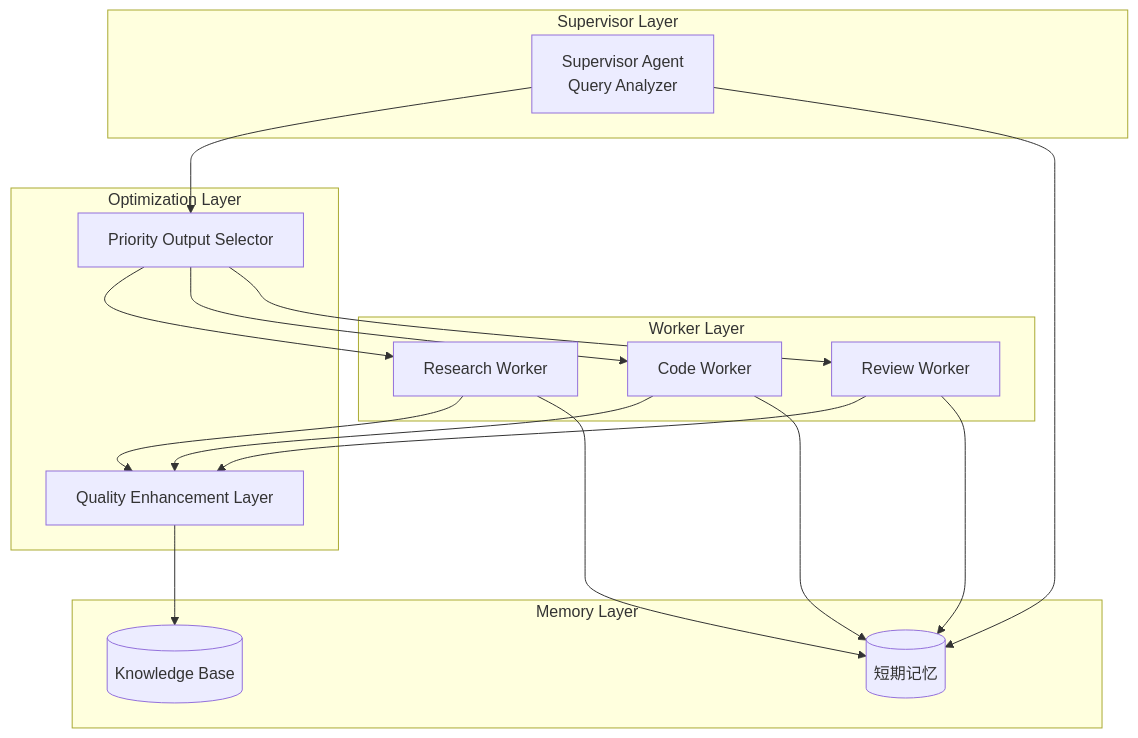
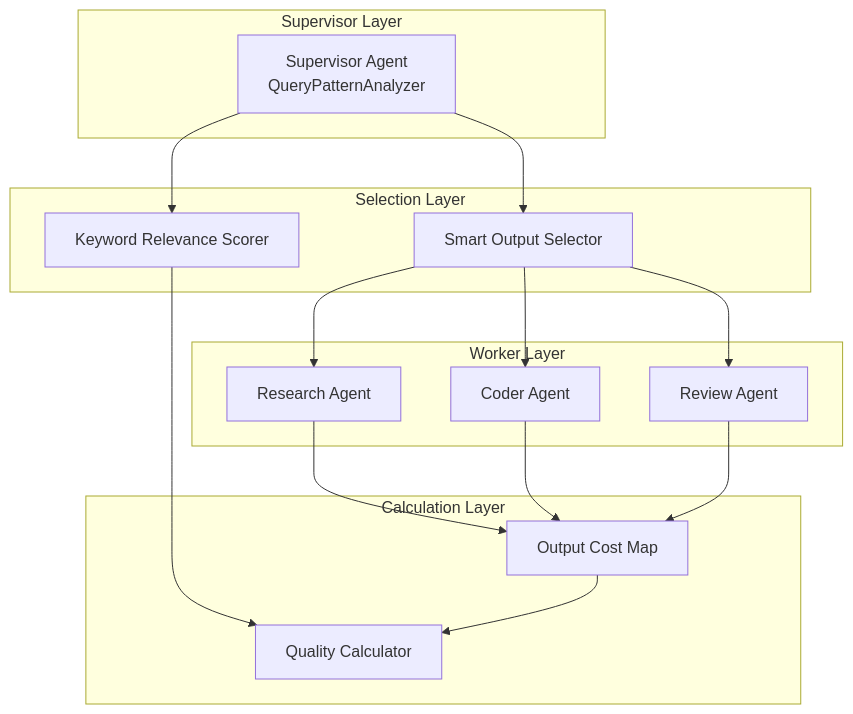
The diagram in ARCHITECTURE.md (xiangbianpangde/mas-evolution-test), drawn with Mermaid before and after one commit. The commit also changed other lines of this file, not shown here.

Commit message:
Update Gen25 champion architecture

````diff
--- a/ARCHITECTURE.md
+++ b/ARCHITECTURE.md
@@ -5,35 +5,33 @@
 ```mermaid
 graph TB
     subgraph "Supervisor Layer"
-        S[Supervisor Agent<br/>Query Analyzer]
+        S[Supervisor Agent<br/>QueryPatternAnalyzer]
+    end
+    
+    subgraph "Selection Layer"
+        SS[Smart Output Selector]
+        KRS[Keyword Relevance Scorer]
     end
     
     subgraph "Worker Layer"
-        W1[Research Worker]
-        W2[Code Worker]
-        W3[Review Worker]
+        W1[Research Agent]
+        W2[Coder Agent]
+        W3[Review Agent]
     end
     
-    subgraph "Optimization Layer"
-        P[Priority Output Selector]
-        Q[Quality Enhancement Layer]
+    subgraph "Calculation Layer"
+        OC[Output Cost Map]
+        QC[Quality Calculator]
     end
     
-    subgraph "Memory Layer"
-        KB[(Knowledge Base)]
-        MEM[(短期记忆)]
-    end
-    
-    S --> P
-    P --> W1
-    P --> W2
-    P --> W3
-    W1 --> Q
-    W2 --> Q
-    W3 --> Q
-    Q --> KB
-    S --> MEM
-    W1 --> MEM
-    W2 --> MEM
-    W3 --> MEM
+    S --> SS
+    S --> KRS
+    KRS --> QC
+    SS --> W1
+    SS --> W2
+    SS --> W3
+    W1 --> OC
+    W2 --> OC
+    W3 --> OC
+    OC --> QC
 ```
````
